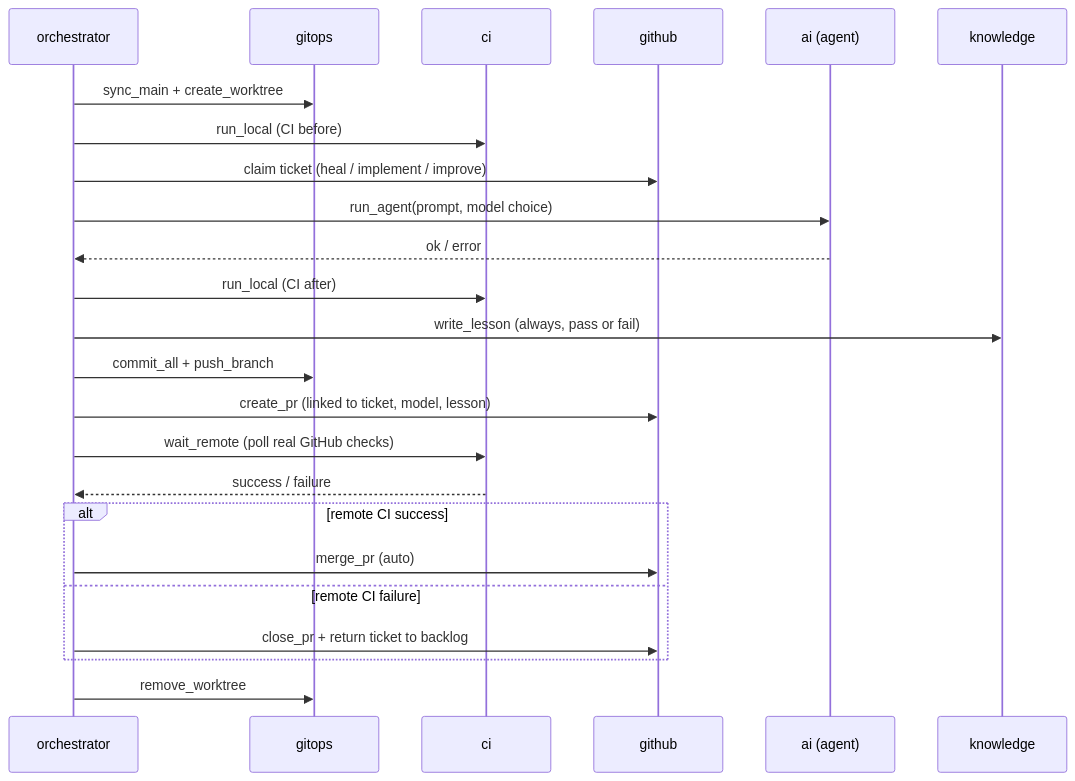
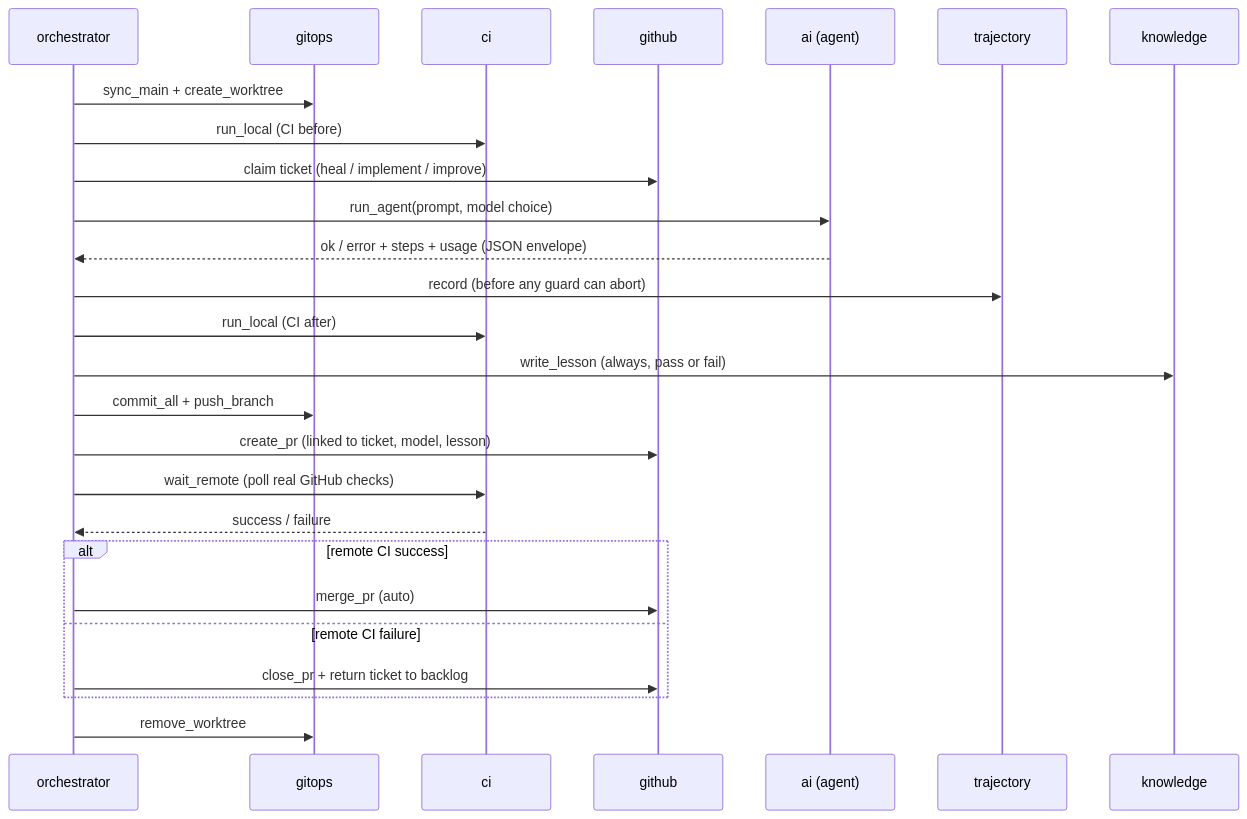
Before and after one commit to hyperscaleailabs/ai-hyperswarm-proto-core: the diagram in docs/ARCHITECTURE.md, drawn with Mermaid. The commit also changed other lines of this file and 12 other files, not shown here.

First line of the commit message:
implement: feat: worker trajectory store, JSON agent output, and `hsai replay` (#84)

````diff
--- a/docs/ARCHITECTURE.md
+++ b/docs/ARCHITECTURE.md
@@ -24,27 +25,29 @@
 ```mermaid
 sequenceDiagram
     participant O as orchestrator
     participant G as gitops
     participant C as ci
     participant H as github
     participant A as ai (agent)
+    participant T as trajectory
     participant K as knowledge
 
     O->>G: sync_main + create_worktree
     O->>C: run_local (CI before)
     O->>H: claim ticket (heal / implement / improve)
     O->>A: run_agent(prompt, model choice)
-    A-->>O: ok / error
+    A-->>O: ok / error + steps + usage (JSON envelope)
+    O->>T: record (before any guard can abort)
     O->>C: run_local (CI after)
     O->>K: write_lesson (always, pass or fail)
     O->>G: commit_all + push_branch
     O->>H: create_pr (linked to ticket, model, lesson)
     O->>C: wait_remote (poll real GitHub checks)
     C-->>O: success / failure
     alt remote CI success
         O->>H: merge_pr (auto)
     else remote CI failure
         O->>H: close_pr + return ticket to backlog
     end
     O->>G: remove_worktree
 ```
````
